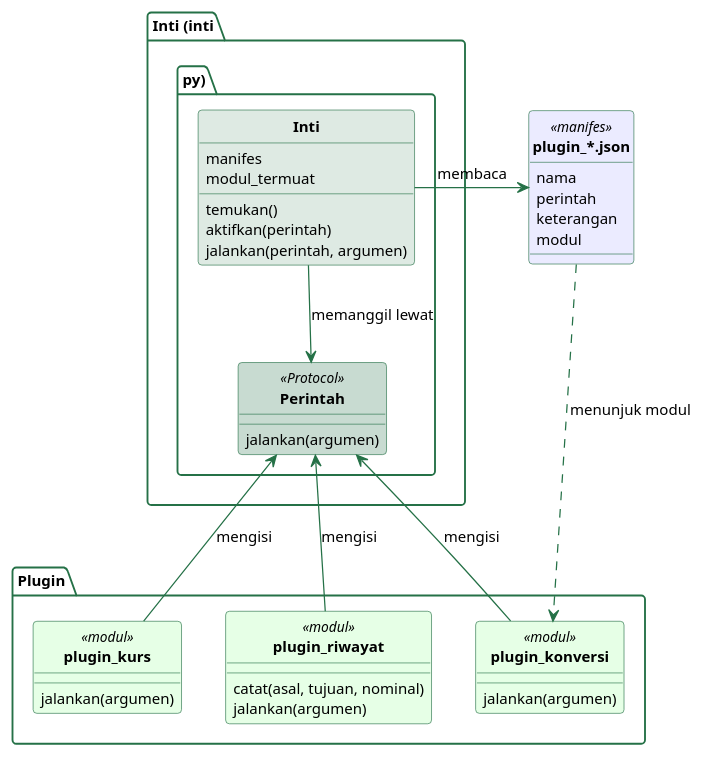
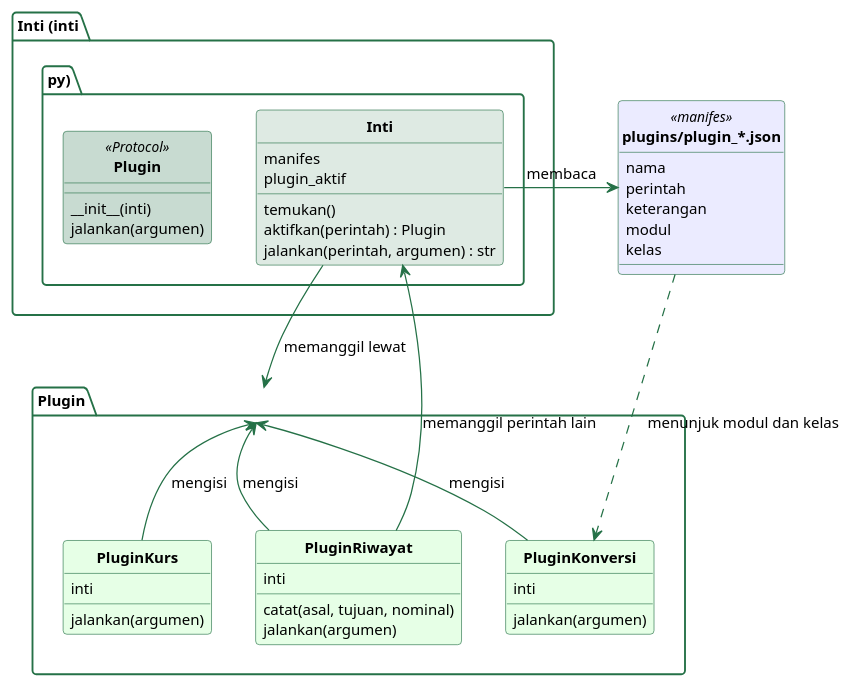
One commit to alfa-yohannis/software-architecture changed the diagram in sources/chapter05/diagram/kelas-microkernel.puml. Above: the diagram before and after it, drawn with PlantUML. The commit also changed 26 other files, not shown here.

```diff
--- a/sources/chapter05/diagram/kelas-microkernel.puml
+++ b/sources/chapter05/diagram/kelas-microkernel.puml
@@ -11,66 +11,72 @@
 @startuml
 skinparam backgroundColor transparent
 skinparam defaultFontName Titillium Web
 skinparam defaultFontSize 13
 skinparam shadowing false
 skinparam roundCorner 6
 skinparam classAttributeIconSize 0
 skinparam classFontStyle bold
 skinparam ArrowColor #257147
 skinparam ArrowFontSize 12
 skinparam class {
   BorderColor #257147
   BackgroundColor #EBEBFF
   FontColor black
   AttributeFontSize 12
   StereotypeFontSize 11
 }
 skinparam package {
   BorderColor #257147
   BackgroundColor transparent
   FontColor black
   FontSize 12
 }
 hide circle
 
 package "Inti (inti.py)" {
   class Inti #DEEAE3 {
     manifes
-    modul_termuat
+    plugin_aktif
     temukan()
-    aktifkan(perintah)
-    jalankan(perintah, argumen)
+    aktifkan(perintah) : Plugin
+    jalankan(perintah, argumen) : str
   }
 
-  class Perintah <<Protocol>> #C8DBD1 {
+  class Plugin <<Protocol>> #C8DBD1 {
+    __init__(inti)
     jalankan(argumen)
   }
 }
 
 package "Plugin" {
-  class plugin_konversi <<modul>> #E6FFE6 {
+  class PluginKonversi #E6FFE6 {
+    inti
     jalankan(argumen)
   }
-  class plugin_kurs <<modul>> #E6FFE6 {
+  class PluginKurs #E6FFE6 {
+    inti
     jalankan(argumen)
   }
-  class plugin_riwayat <<modul>> #E6FFE6 {
+  class PluginRiwayat #E6FFE6 {
+    inti
     catat(asal, tujuan, nominal)
     jalankan(argumen)
   }
 }
 
-class "plugin_*.json" as Manifes <<manifes>> {
+class "plugins/plugin_*.json" as Manifes <<manifes>> {
   nama
   perintah
   keterangan
   modul
+  kelas
 }
 
 Inti -right-> Manifes : membaca
-Inti -down-> Perintah : memanggil lewat
-plugin_konversi -up-> Perintah : mengisi
-plugin_kurs -up-> Perintah : mengisi
-plugin_riwayat -up-> Perintah : mengisi
-Manifes .down.> plugin_konversi : menunjuk modul
+Inti -down-> Plugin : memanggil lewat
+PluginKonversi -up-> Plugin : mengisi
+PluginKurs -up-> Plugin : mengisi
+PluginRiwayat -up-> Plugin : mengisi
+PluginRiwayat -up-> Inti : memanggil perintah lain
+Manifes .down.> PluginKonversi : menunjuk modul dan kelas
 @enduml
```
